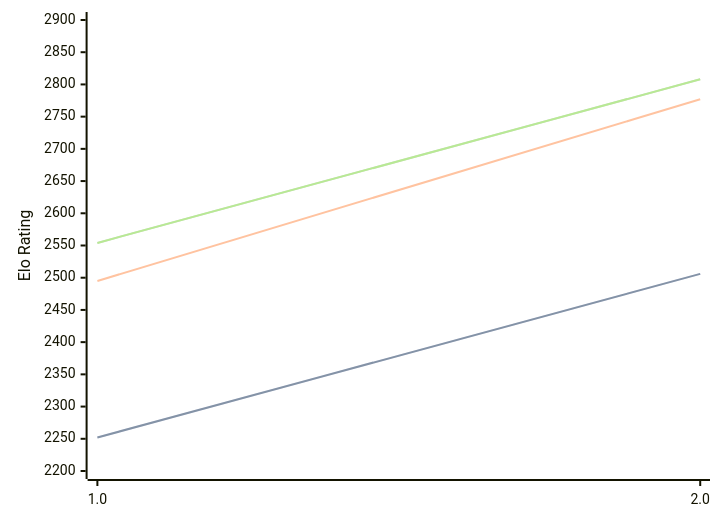
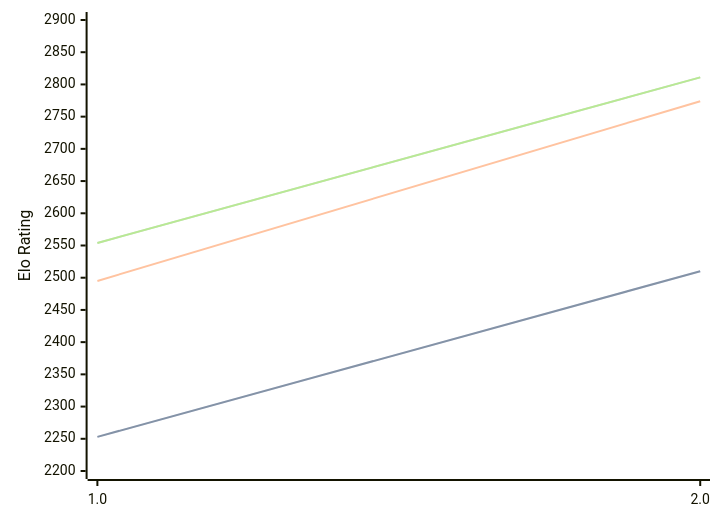
Before and after one commit to computer-chess-index/cci: the diagram in engines/Revolver.md, drawn with Mermaid. The commit also changed other lines of this file, not shown here.

Commit message:
Update CCI Ratings (ELO VLTC) - 2026-05-21

````diff
--- a/engines/Revolver.md
+++ b/engines/Revolver.md
@@ -32,11 +32,11 @@
 ```mermaid
 %%{init: {"theme":"base","themeVariables":{"seriesColors:['#a3a3a3','#222221','#faa371']}}}%%
 xychart-beta
   x-axis ["1.0", "2.0"]
   y-axis "Elo Rating" 2200 --> 2900
-  line "STC (8.0+0.08s)" [2252, 2506]
-  line "STC (8.0+0.08s)" [2252, 2506]
-  line "LTC (60.0+0.60s)" [2495, 2777]
-  line "VLTC (2m24s+1.12s)" [2554, 2808]
-  line "VLTC (2m24s+1.12s)" [2554, 2808]
+  line "STC (8.0+0.08s)" [2253, 2510]
+  line "STC (8.0+0.08s)" [2253, 2510]
+  line "LTC (60.0+0.60s)" [2495, 2774]
+  line "VLTC (2m24s+1.12s)" [2554, 2811]
+  line "VLTC (2m24s+1.12s)" [2554, 2811]
 ```
````
